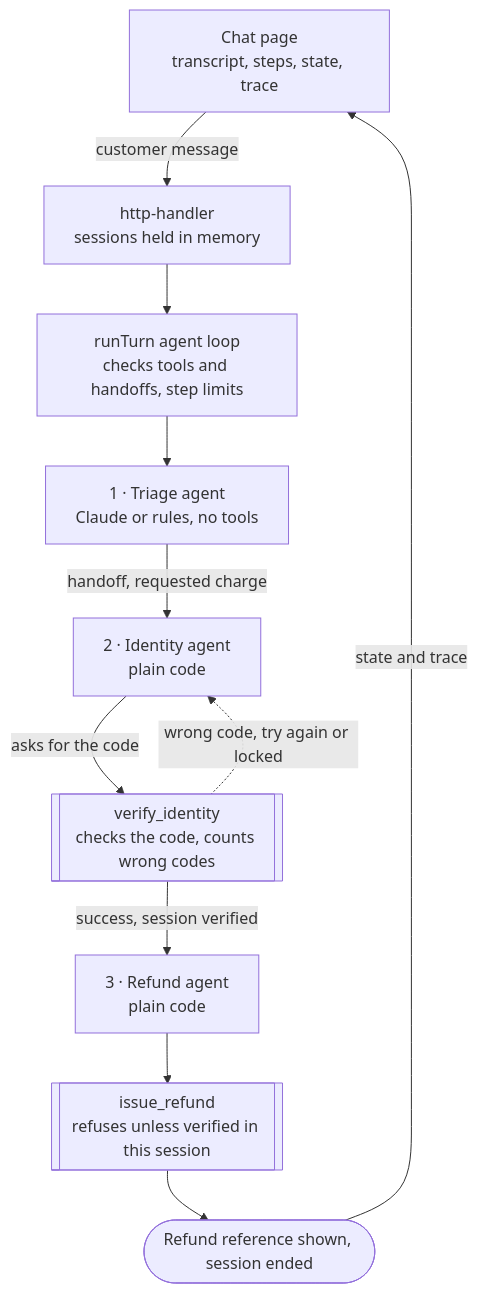
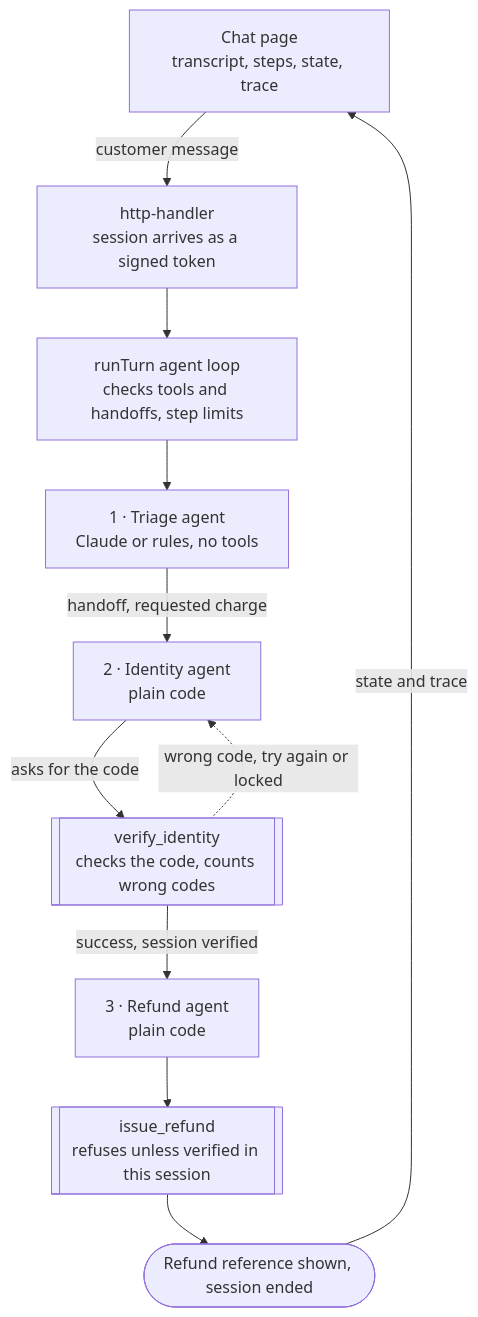
One commit to VolodymyrLinuxovich/finchpay-refund-desk changed the first of 2 diagrams in README.md. Above: the diagram before and after it, drawn with Mermaid. The commit also changed other lines of this file and 14 other files, not shown here.

Commit message:
Carry each chat as a signed token so it survives new server instances and reloads; signed verification receipt; simpler trace drawer

````diff
--- a/README.md
+++ b/README.md
@@ -54,23 +54,23 @@
 ```mermaid
 flowchart TD
     PAGE["Chat page<br/>transcript, steps, state, trace"]
-    H["http-handler<br/>sessions held in memory"]
+    H["http-handler<br/>session arrives as a signed token"]
     L["runTurn agent loop<br/>checks tools and handoffs, step limits"]
     T["1 · Triage agent<br/>Claude or rules, no tools"]
     I["2 · Identity agent<br/>plain code"]
     V[["verify_identity<br/>checks the code, counts wrong codes"]]
     R["3 · Refund agent<br/>plain code"]
     F[["issue_refund<br/>refuses unless verified in this session"]]
     END(["Refund reference shown, session ended"])
 
     PAGE -->|customer message| H
     H --> L
     L --> T
     T -->|"handoff, requested charge"| I
     I -->|asks for the code| V
     V -->|"success, session verified"| R
     V -.->|"wrong code, try again or locked"| I
     R --> F
     F --> END
     END -->|"state and trace"| PAGE
 ```
````
